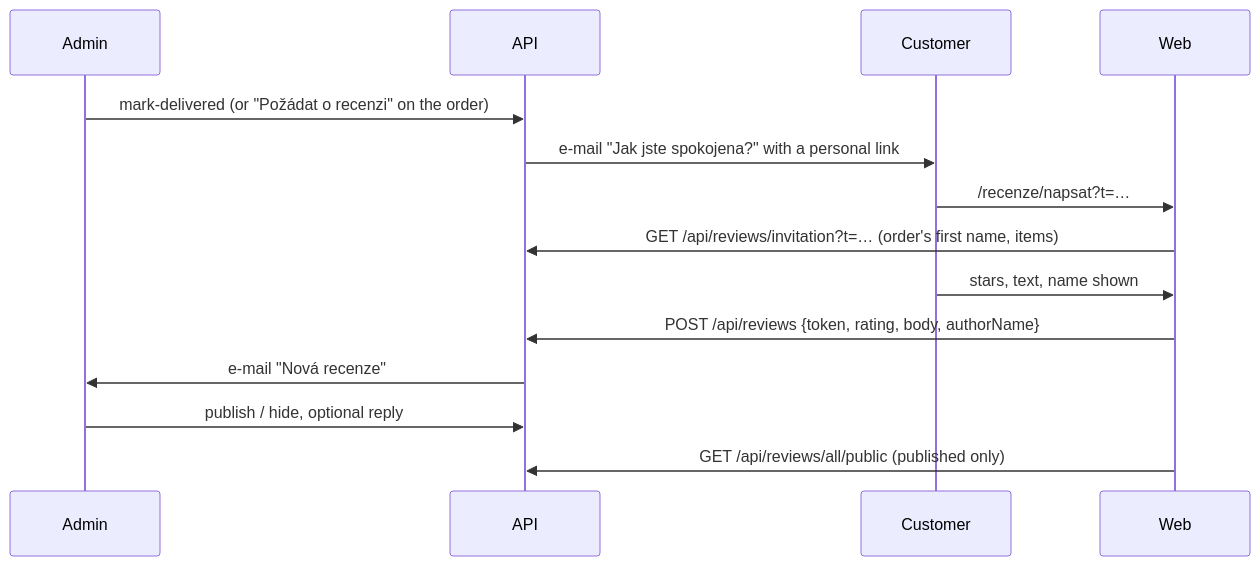
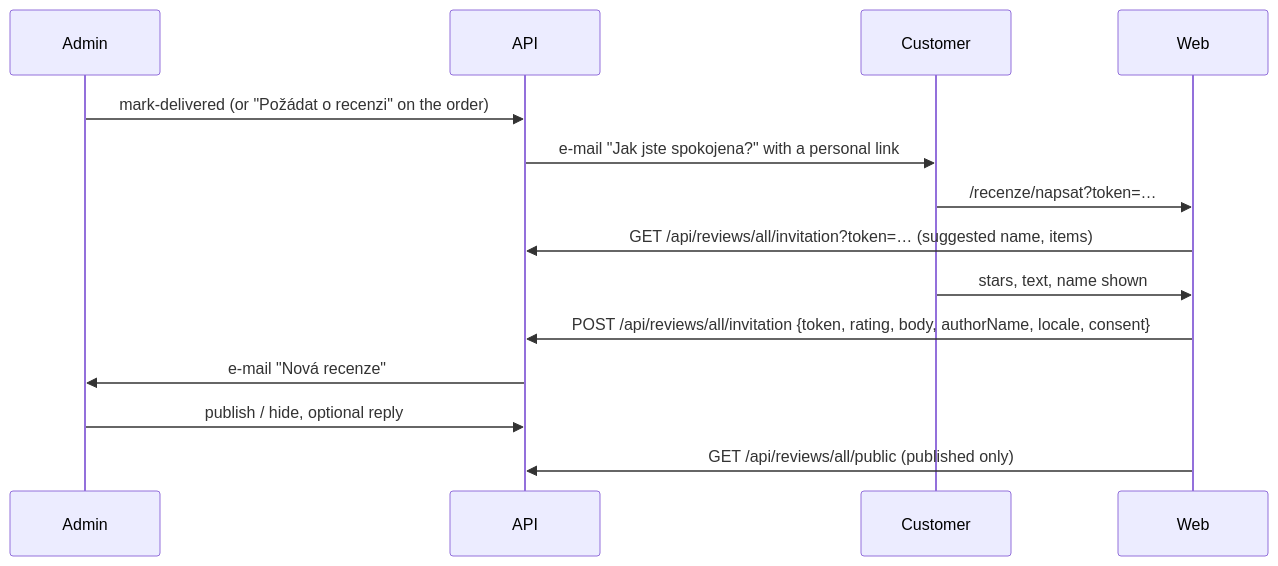
Before and after one commit to klotilda-lisejnikova/klotilda: the diagram in features/2026-11-01-customer-reviews/README.md, drawn with Mermaid. The commit also changed other lines of this file and 26 other files, not shown here.

First line of the commit message:
feat(api): customer reviews of delivered orders

````diff
--- a/features/2026-11-01-customer-reviews/README.md
+++ b/features/2026-11-01-customer-reviews/README.md
@@ -28,16 +28,16 @@
 ```mermaid
 sequenceDiagram
   participant A as Admin
   participant API
   participant C as Customer
   participant W as Web
   A->>API: mark-delivered (or "Požádat o recenzi" on the order)
   API->>C: e-mail "Jak jste spokojena?" with a personal link
-  C->>W: /recenze/napsat?t=…
-  W->>API: GET /api/reviews/invitation?t=… (order's first name, items)
+  C->>W: /recenze/napsat?token=…
+  W->>API: GET /api/reviews/all/invitation?token=… (suggested name, items)
   C->>W: stars, text, name shown
-  W->>API: POST /api/reviews {token, rating, body, authorName}
+  W->>API: POST /api/reviews/all/invitation {token, rating, body, authorName, locale, consent}
   API->>A: e-mail "Nová recenze"
   A->>API: publish / hide, optional reply
   W->>API: GET /api/reviews/all/public (published only)
 ```
````
